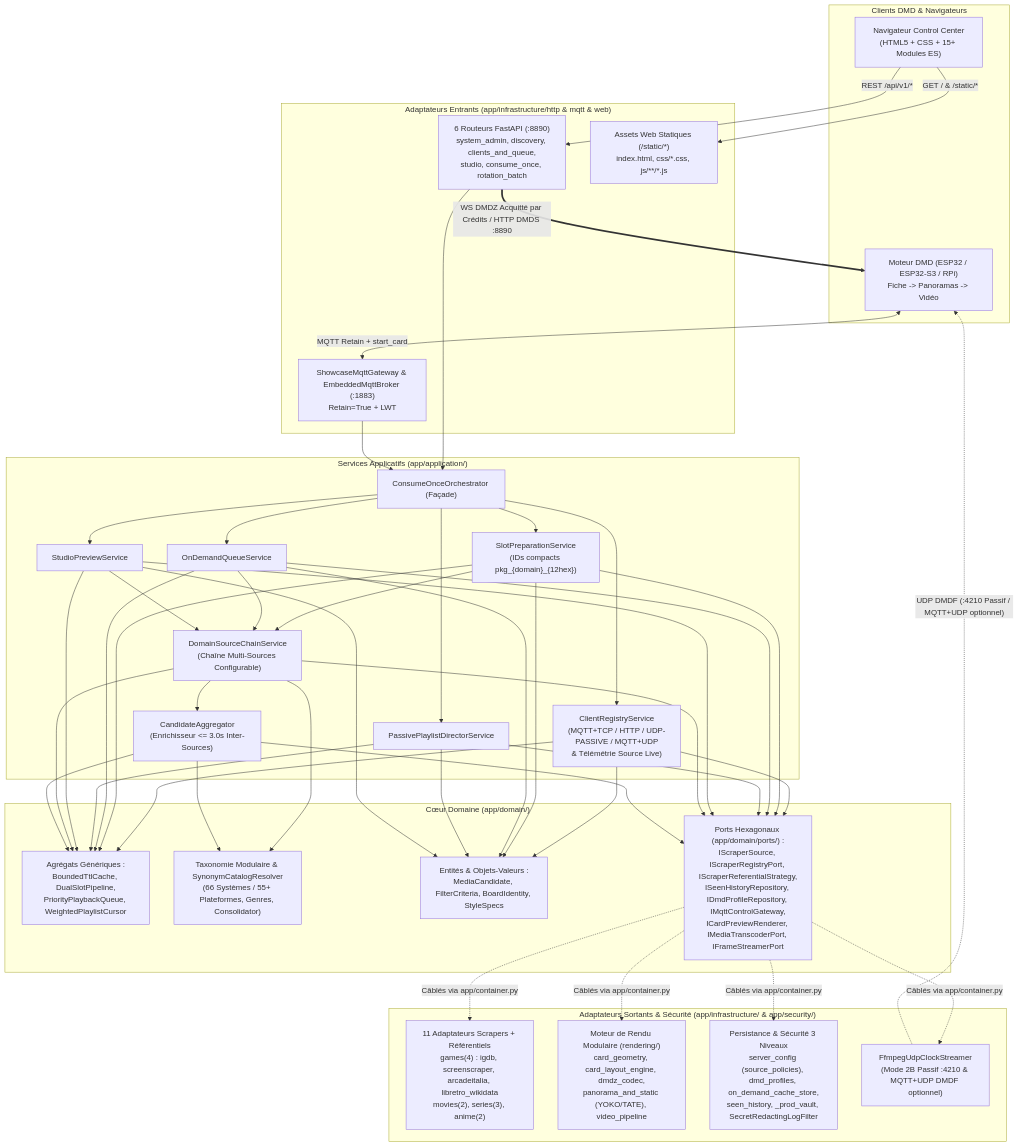
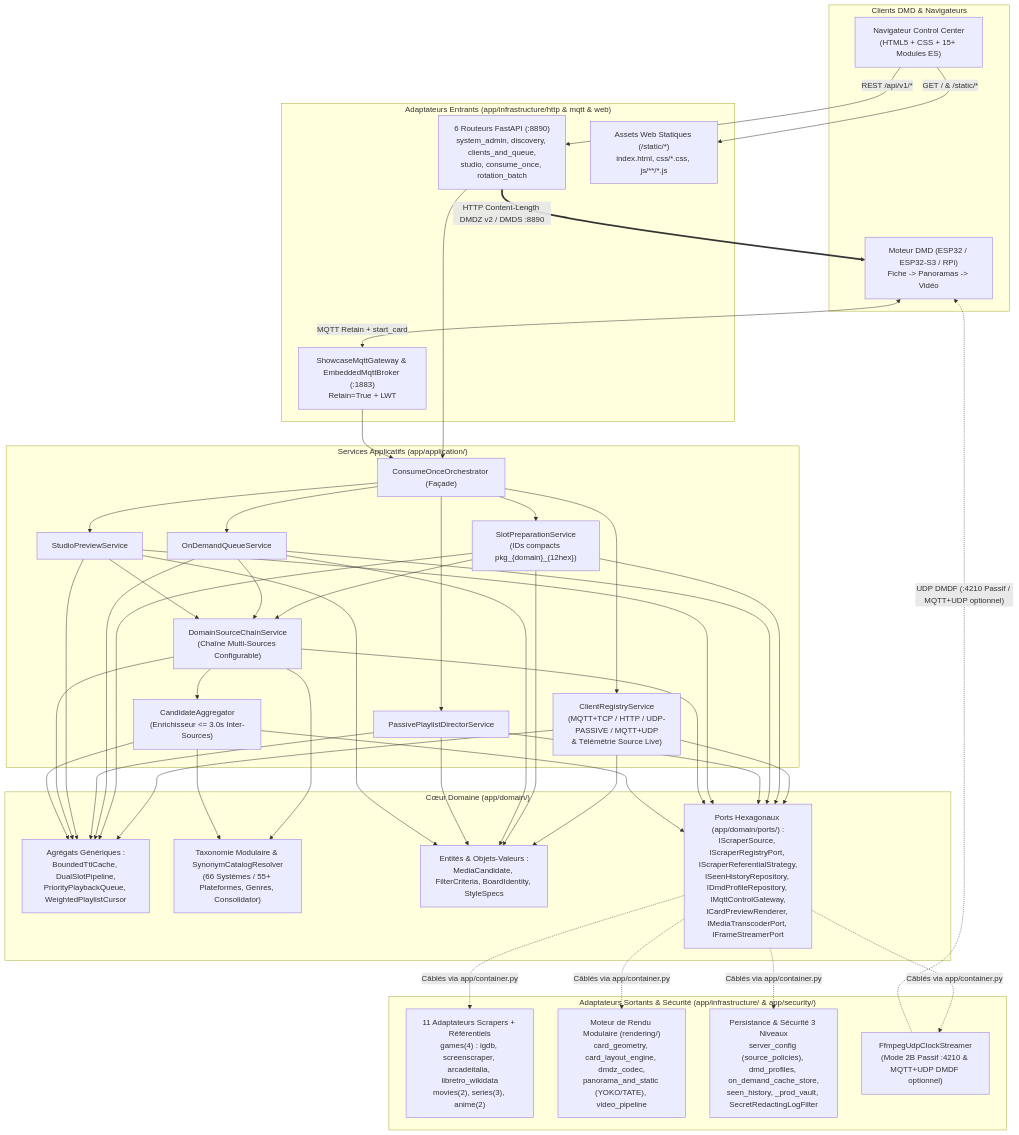
Before and after one commit to red77290/dmd_media_showcase: the first of 2 diagrams in docs/ARCHITECTURE_FR.md, drawn with Mermaid. The commit also changed other lines of this file and 38 other files, not shown here.

First line of the commit message:
refactor(stream): unify lossless DMDZ v2 plain-HTTP streaming and purge legacy codecs

````diff
--- a/docs/ARCHITECTURE_FR.md
+++ b/docs/ARCHITECTURE_FR.md
@@ -18,52 +18,52 @@
 ```mermaid
 flowchart TD
     subgraph DMD["Clients DMD & Navigateurs"]
         BROWSER["Navigateur Control Center\n(HTML5 + CSS + 15+ Modules ES)"]
         ENG["Moteur DMD (ESP32 / ESP32-S3 / RPi)\nFiche -> Panoramas -> Vidéo"]
     end
 
     subgraph INFRA_IN["Adaptateurs Entrants (app/infrastructure/http & mqtt & web)"]
         ROUTERS["6 Routeurs FastAPI (:8890)\nsystem_admin, discovery, clients_and_queue,\nstudio, consume_once, rotation_batch"]
         STATIC["Assets Web Statiques (/static/*)\nindex.html, css/*.css, js/**/*.js"]
         MQTT["ShowcaseMqttGateway & EmbeddedMqttBroker (:1883)\nRetain=True + LWT"]
     end
 
     subgraph APP["Services Applicatifs (app/application/)"]
         ORCH["ConsumeOnceOrchestrator (Façade)"]
         REG_SVC["ClientRegistryService\n(MQTT+TCP / HTTP / UDP-PASSIVE / MQTT+UDP\n& Télémétrie Source Live)"]
         PREP_SVC["SlotPreparationService\n(IDs compacts pkg_{domain}_{12hex})"]
         QUEUE_SVC["OnDemandQueueService"]
         DIR_SVC["PassivePlaylistDirectorService"]
         STUDIO_SVC["StudioPreviewService"]
         CHAIN["DomainSourceChainService\n(Chaîne Multi-Sources Configurable)"]
         AGG_SVC["CandidateAggregator\n(Enrichisseur <= 3.0s Inter-Sources)"]
     end
 
     subgraph DOMAIN["Cœur Domaine (app/domain/)"]
         AGG["Agrégats Génériques :\nBoundedTtlCache, DualSlotPipeline,\nPriorityPlaybackQueue, WeightedPlaylistCursor"]
         TAX["Taxonomie Modulaire & SynonymCatalogResolver\n(66 Systèmes / 55+ Plateformes, Genres, Consolidator)"]
         VO["Entités & Objets-Valeurs :\nMediaCandidate, FilterCriteria, BoardIdentity, StyleSpecs"]
         PORTS["Ports Hexagonaux (app/domain/ports/) :\nIScraperSource, IScraperRegistryPort, IScraperReferentialStrategy,\nISeenHistoryRepository, IDmdProfileRepository, IMqttControlGateway,\nICardPreviewRenderer, IMediaTranscoderPort, IFrameStreamerPort"]
     end
 
     subgraph INFRA_OUT["Adaptateurs Sortants & Sécurité (app/infrastructure/ & app/security/)"]
         SCRAPERS["11 Adaptateurs Scrapers + Référentiels\ngames(4) : igdb, screenscraper, arcadeitalia, libretro_wikidata\nmovies(2), series(3), anime(2)"]
         RENDER["Moteur de Rendu Modulaire (rendering/)\ncard_geometry, card_layout_engine, dmdz_codec,\npanorama_and_static (YOKO/TATE), video_pipeline"]
         PERSIST["Persistance & Sécurité 3 Niveaux\nserver_config (source_policies), dmd_profiles, on_demand_cache_store,\nseen_history, _prod_vault, SecretRedactingLogFilter"]
         UDP["FfmpegUdpClockStreamer\n(Mode 2B Passif :4210 & MQTT+UDP DMDF optionnel)"]
     end
 
     BROWSER -->|"GET / & /static/*"| STATIC
     BROWSER -->|"REST /api/v1/*"| ROUTERS
     ENG <-->|"MQTT Retain + start_card"| MQTT
-    ROUTERS ==>|"WS DMDZ Acquitté par Crédits / HTTP DMDS :8890"| ENG
+    ROUTERS ==>|"HTTP Content-Length DMDZ v2 / DMDS :8890"| ENG
     ROUTERS --> ORCH
     MQTT --> ORCH
     ORCH --> REG_SVC & PREP_SVC & QUEUE_SVC & DIR_SVC & STUDIO_SVC
     PREP_SVC & QUEUE_SVC & STUDIO_SVC --> CHAIN
     CHAIN --> AGG_SVC
     REG_SVC & PREP_SVC & QUEUE_SVC & DIR_SVC & STUDIO_SVC --> AGG & VO & PORTS
     CHAIN & AGG_SVC --> TAX & AGG & PORTS
     PORTS -.->|"Câblés via app/container.py"| SCRAPERS & RENDER & PERSIST & UDP
     UDP -.->|"UDP DMDF (:4210 Passif / MQTT+UDP optionnel)"| ENG
 ```
````
